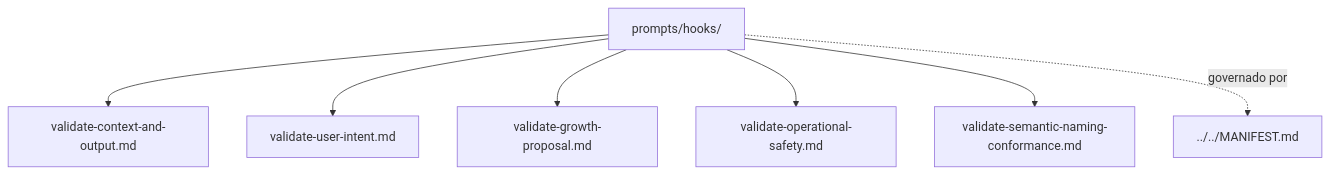
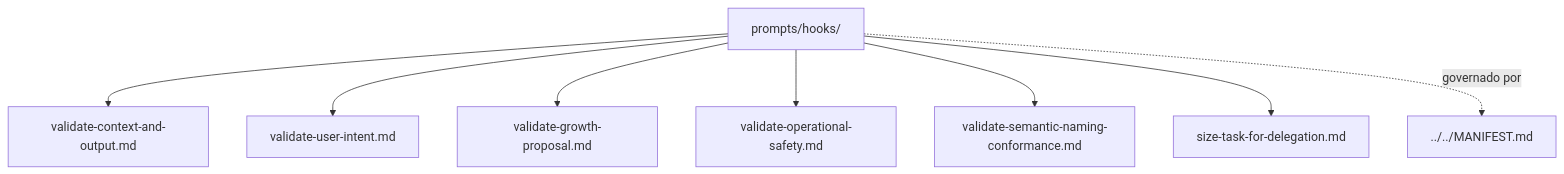
One commit to moreira-and/agent-ops changed the diagram in prompts/hooks/README.md. Above: the diagram before and after it, drawn with Mermaid. The commit also changed other lines of this file and 19 other files, not shown here.

````diff
--- a/prompts/hooks/README.md
+++ b/prompts/hooks/README.md
@@ -90,10 +92,11 @@
 ```mermaid
 flowchart TD
     current["prompts/hooks/"]
     current --> n1["validate-context-and-output.md"]
     current --> n2["validate-user-intent.md"]
     current --> n3["validate-growth-proposal.md"]
     current --> n4["validate-operational-safety.md"]
     current --> n5["validate-semantic-naming-conformance.md"]
-    current -. "governado por" .-> n6["../../MANIFEST.md"]
+    current --> n6["size-task-for-delegation.md"]
+    current -. "governado por" .-> n7["../../MANIFEST.md"]
 ```
````
